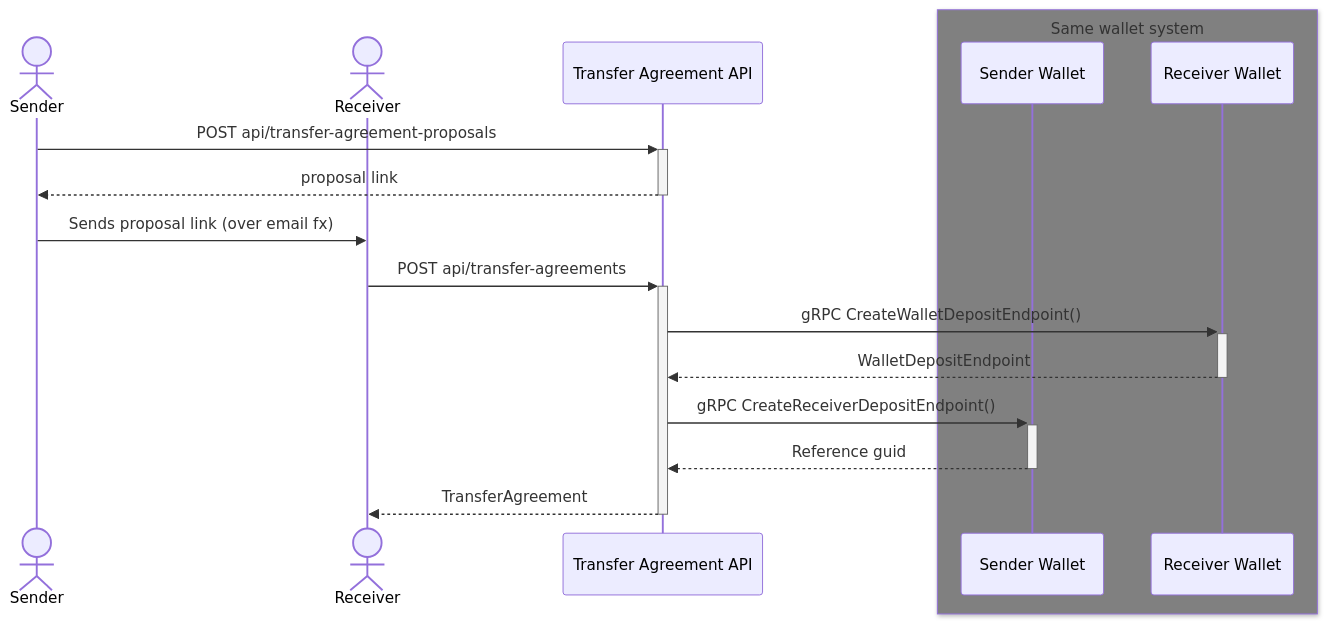
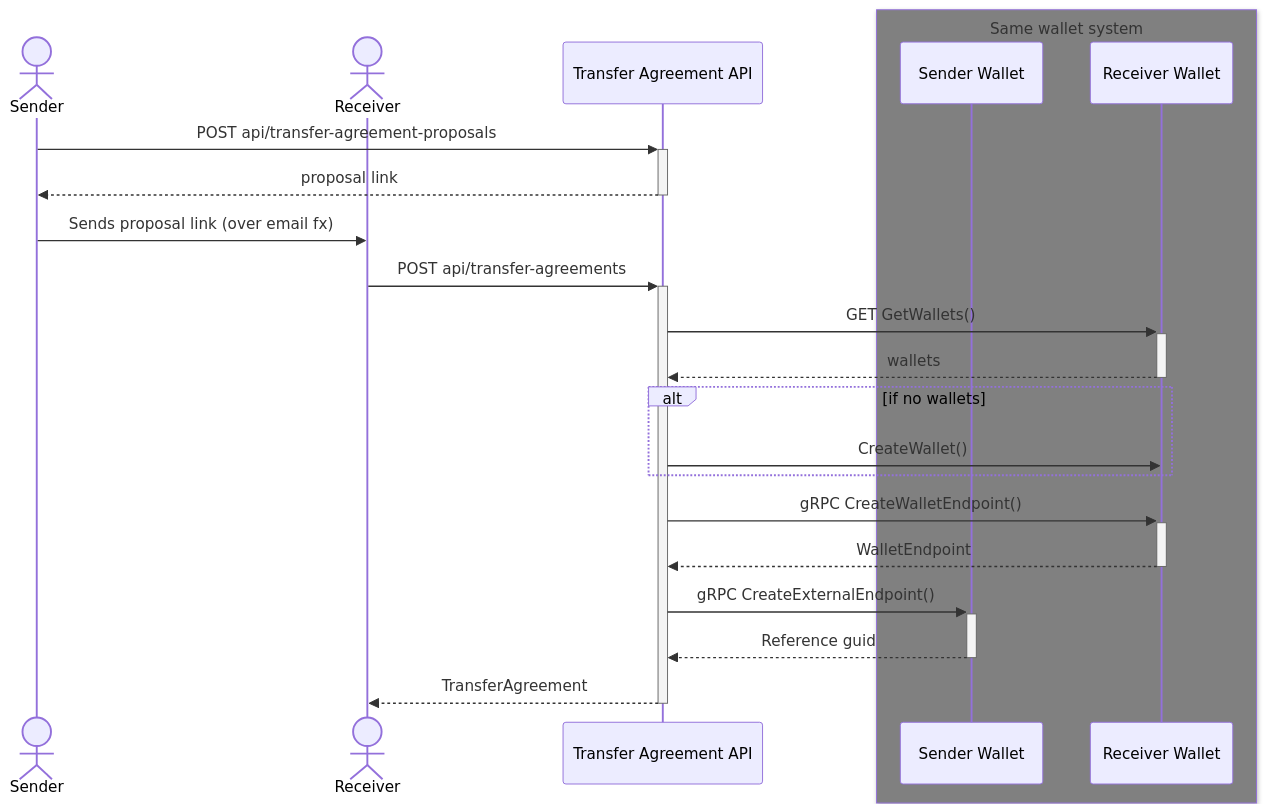
The first of 4 diagrams in doc/architecture/domains/transfer.md (Energinet-DataHub/energy-origin), drawn with Mermaid before and after one commit. The commit also changed other lines of this file, not shown here.

````diff
--- a/doc/architecture/domains/transfer.md
+++ b/doc/architecture/domains/transfer.md
@@ -12,22 +12,28 @@
 ```mermaid
 sequenceDiagram
     actor sender as Sender
     actor receiver as Receiver
     participant ta as Transfer Agreement API
     box grey Same wallet system
         participant senderWallet as Sender Wallet
         participant wallet as Receiver Wallet
     end
 
     sender ->>+ ta: POST api/transfer-agreement-proposals
     ta -->>- sender: proposal link
 
     sender ->> receiver: Sends proposal link (over email fx)
 
     receiver ->>+ ta: POST api/transfer-agreements
-    ta ->>+ wallet: gRPC CreateWalletDepositEndpoint()
-    wallet -->>- ta: WalletDepositEndpoint
-    ta ->>+ senderWallet: gRPC CreateReceiverDepositEndpoint()
+    ta ->>+ wallet: GET GetWallets()
+    wallet -->>- ta: wallets
+    alt if no wallets
+        ta ->> wallet: CreateWallet()
+    end
+
+    ta ->>+ wallet: gRPC CreateWalletEndpoint()
+    wallet -->>- ta: WalletEndpoint
+    ta ->>+ senderWallet: gRPC CreateExternalEndpoint()
     senderWallet -->>- ta: Reference guid
     ta -->>- receiver: TransferAgreement
 ```
````
